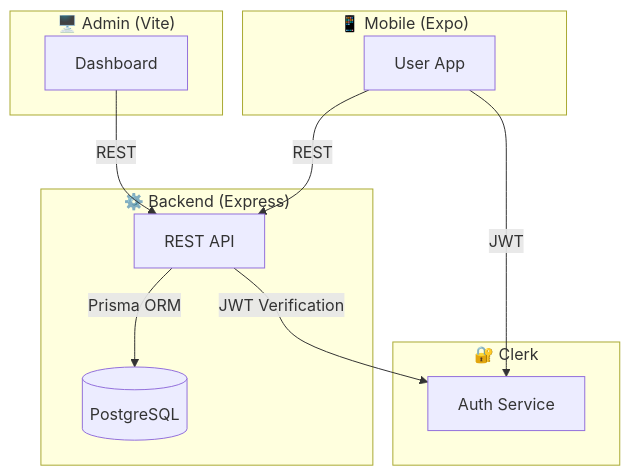
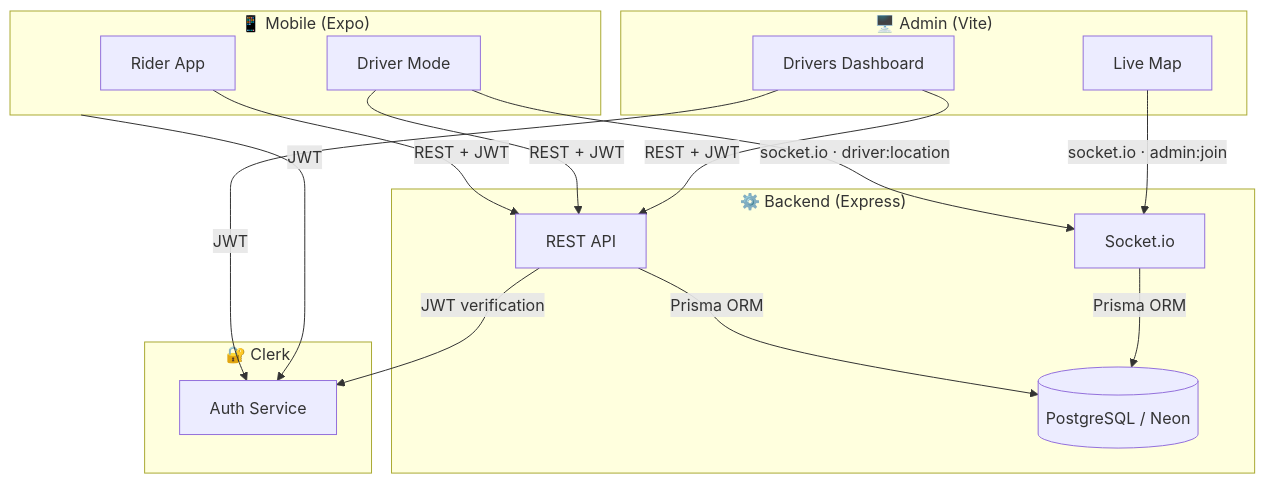
The diagram in README.md (ahmad-mah/Drivo), drawn with Mermaid before and after one commit. The commit also changed other lines of this file, not shown here.

Commit message:
docs(readme): document day 5 maps and location completion

````diff
--- a/README.md
+++ b/README.md
@@ -37,22 +42,30 @@
 ```mermaid
-graph TB
+flowchart TB
     subgraph Mobile["📱 Mobile (Expo)"]
-        A[User App]
+        R[Rider App]
+        D[Driver Mode]
     end
     subgraph Admin["🖥️ Admin (Vite)"]
-        B[Dashboard]
+        B[Drivers Dashboard]
+        M[Live Map]
     end
     subgraph Backend["⚙️ Backend (Express)"]
-        C[REST API]
-        D[(PostgreSQL)]
+        REST[REST API]
+        WS[Socket.io]
+        DB[(PostgreSQL / Neon)]
     end
     subgraph Auth["🔐 Clerk"]
-        E[Auth Service]
+        C[Auth Service]
     end
 
-    A -->|REST| C
-    B -->|REST| C
-    A -->|JWT| E
-    C -->|JWT Verification| E
-    C -->|Prisma ORM| D
+    R -->|REST + JWT| REST
+    D -->|REST + JWT| REST
+    D -->|socket.io · driver:location| WS
+    B -->|REST + JWT| REST
+    M -->|socket.io · admin:join| WS
+    REST -->|Prisma ORM| DB
+    WS -->|Prisma ORM| DB
+    Mobile -->|JWT| C
+    REST -->|JWT verification| C
+    B -->|JWT| C
 ```
````
